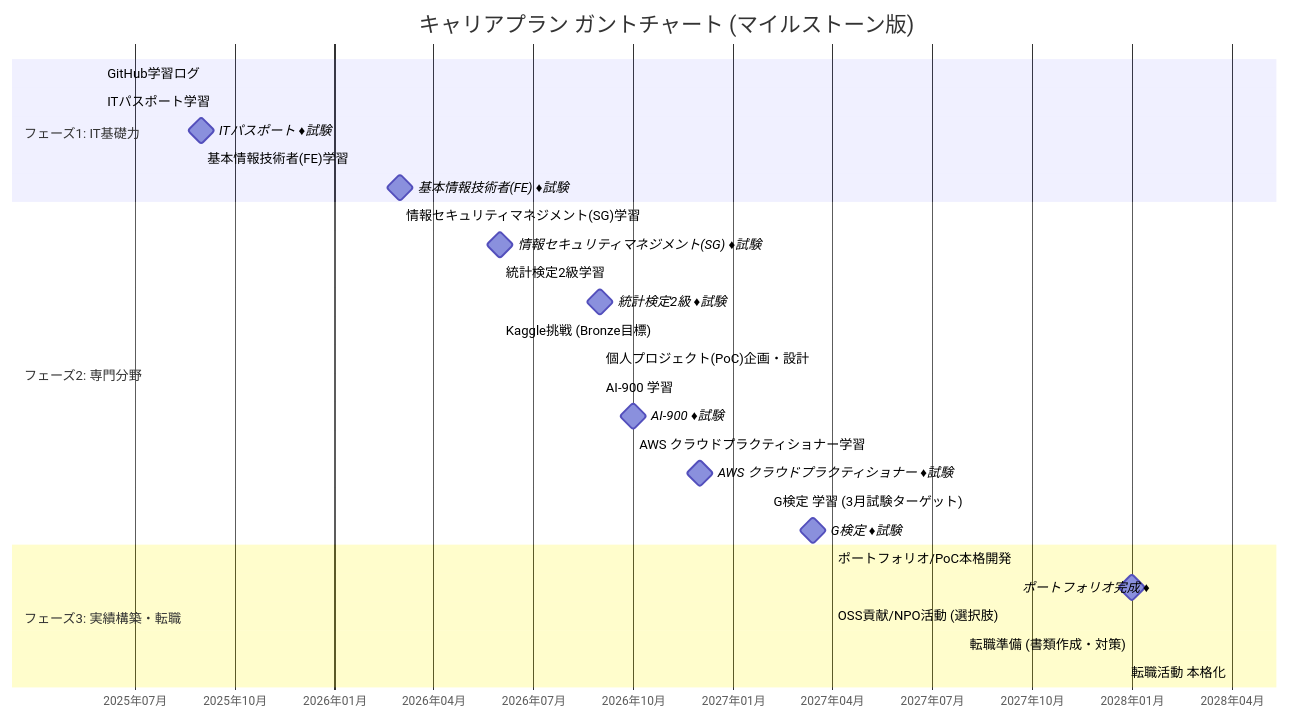
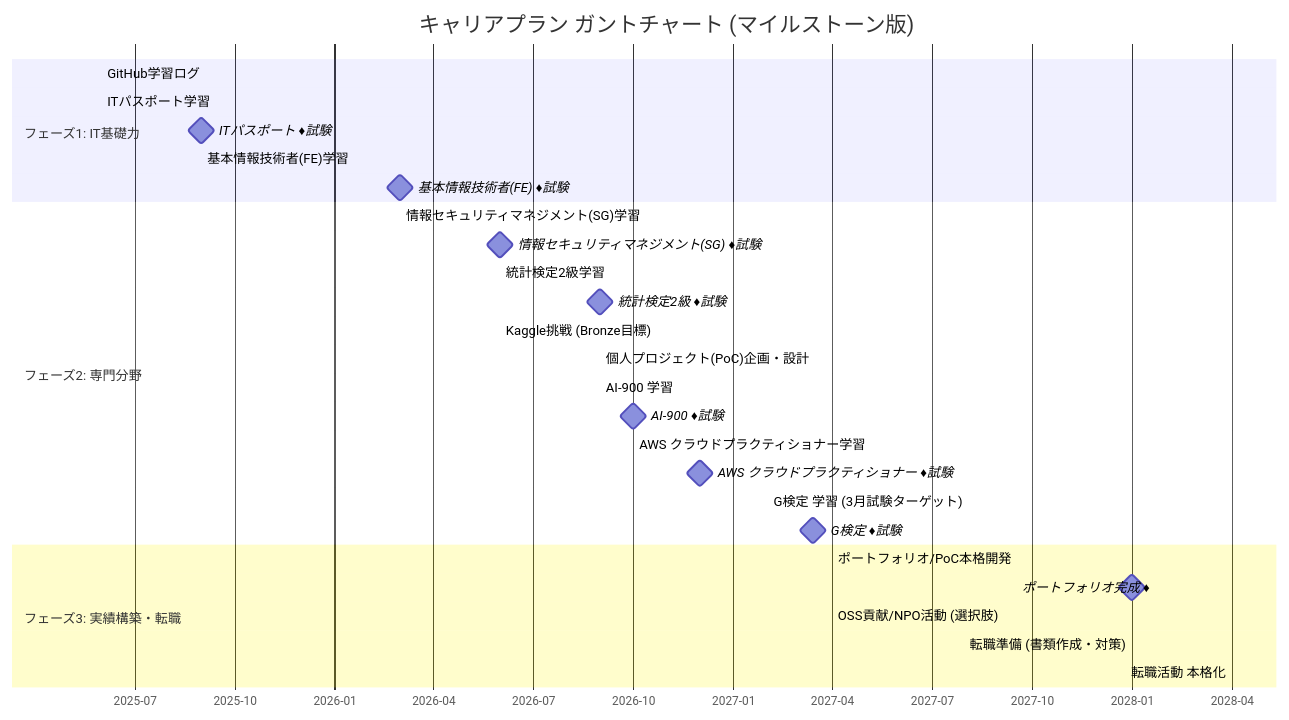
Before and after one commit to uruc-0start/-: the diagram in README.md, drawn with Mermaid.

````diff
--- a/README.md
+++ b/README.md
@@ -1,39 +1,39 @@
 ```mermaid
 gantt
     title キャリアプラン ガントチャート (マイルストーン版)
     dateFormat  YYYY-MM-DD
-    axisFormat %Y年%m月
+    axisFormat  %Y-%m
 
     %% フェーズ1: IT基礎力の養成と学習習慣の確立
     section フェーズ1: IT基礎力
     GitHub学習ログ           :active,log, 2025-06-01, 36m
     ITパスポート学習         :active,ITP 2025-06-01, 3m
     ITパスポート ♦試験       :milestone, 2025-09-01, 0d
     基本情報技術者(FE)学習   :FE,         2025-09-01, 6m
     基本情報技術者(FE) ♦試験 :milestone, 2026-03-01, 0d
 
     %% フェーズ2: 専門分野の深化と「個人の実践力」の証明
     section フェーズ2: 専門分野
     情報セキュリティマネジメント(SG)学習 :SG, 2026-03-01, 3m
     情報セキュリティマネジメント(SG) ♦試験 :milestone, 2026-06-01, 0d
     統計検定2級学習                      :stat2, 2026-06-01, 3m
     統計検定2級 ♦試験                    :milestone, 2026-09-01, 0d
     
     %% --- AI・クラウド資格取得と実践 ---
     Kaggle挑戦 (Bronze目標)              :Kaggle, 2026-06-01, 12m
     個人プロジェクト(PoC)企画・設計      :PoC 2026-09-01, 7m
     AI-900 学習                          :AI-900, 2026-09-01, 1m
     AI-900 ♦試験                         :milestone, 2026-10-01, 0d
     AWS クラウドプラクティショナー学習     :AWS-CP 2026-10-01, 2m
     AWS クラウドプラクティショナー ♦試験 :milestone, 2026-12-01, 0d
     G検定 学習 (3月試験ターゲット)       :Gtest 2027-02-01, 1.5m
     G検定 ♦試験                          :milestone, 2027-03-15, 0d
 
     %% フェーズ3: 実績のポートフォリオ化と転職準備
     section フェーズ3: 実績構築・転職
     ポートフォリオ/PoC本格開発  :port 2027-04-01, 9m
     ポートフォリオ完成 ♦        :milestone, 2028-01-01, 0d
     OSS貢献/NPO活動 (選択肢)    :oss 2027-04-01, 9m
     転職準備 (書類作成・対策)   :jobs 2028-01-01, 3m
     転職活動 本格化             :jobsearch 2028-04-01, 3m
 ```
````
